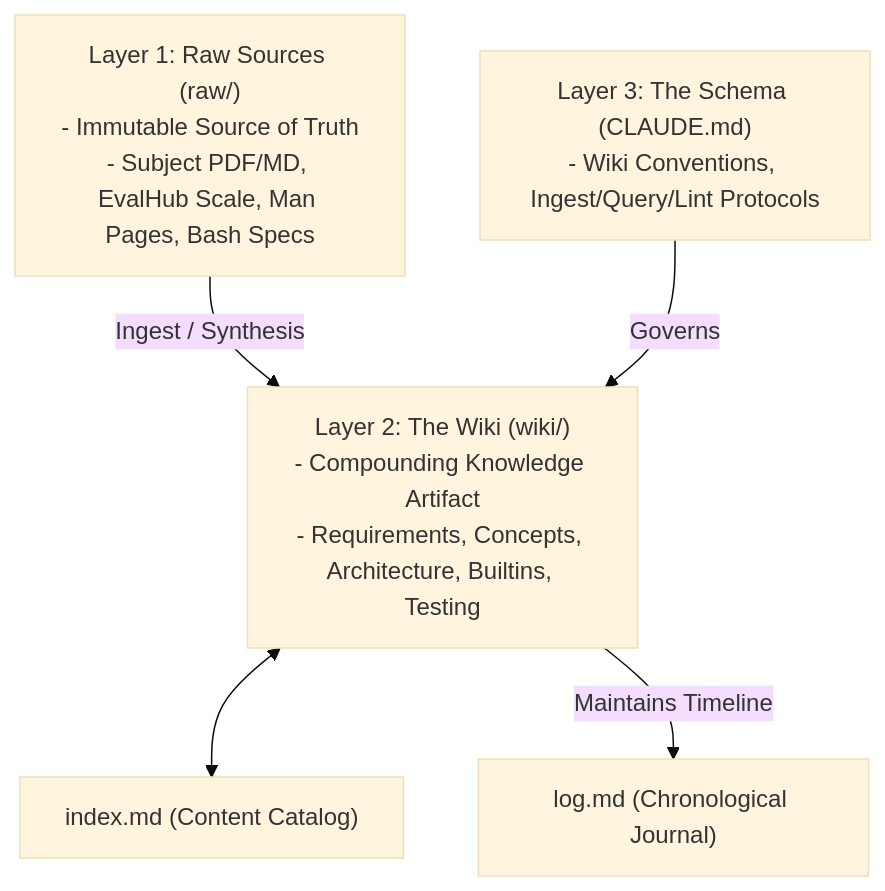
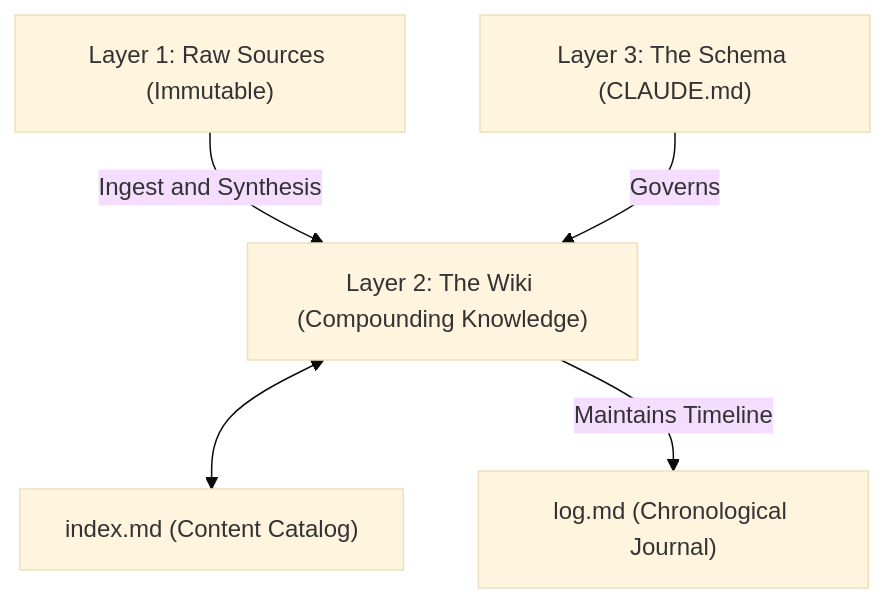
The diagram in CLAUDE.md (42GS/minishell-wiki), drawn with Mermaid (base theme) before and after one commit. The commit also changed 10 other files, not shown here.

Commit message:
[#1] fix(docs): resolve all mermaid syntax errors and broken render issues across wiki

````diff
--- a/CLAUDE.md
+++ b/CLAUDE.md
@@ -31,13 +31,13 @@
 ```mermaid
 graph TD
-    Raw["Layer 1: Raw Sources (raw/)<br/>- Immutable Source of Truth<br/>- Subject PDF/MD, EvalHub Scale, Man Pages, Bash Specs"]
-    Wiki["Layer 2: The Wiki (wiki/)<br/>- Compounding Knowledge Artifact<br/>- Requirements, Concepts, Architecture, Builtins, Testing"]
-    Schema["Layer 3: The Schema (CLAUDE.md)<br/>- Wiki Conventions, Ingest/Query/Lint Protocols"]
+    Raw["Layer 1: Raw Sources (Immutable)"]
+    Wiki["Layer 2: The Wiki (Compounding Knowledge)"]
+    Schema["Layer 3: The Schema (CLAUDE.md)"]
     Index["index.md (Content Catalog)"]
     Log["log.md (Chronological Journal)"]
 
-    Raw -->|Ingest / Synthesis| Wiki
+    Raw -->|Ingest and Synthesis| Wiki
     Wiki <--> Index
     Schema -->|Governs| Wiki
     Wiki -->|Maintains Timeline| Log
 ```
````
